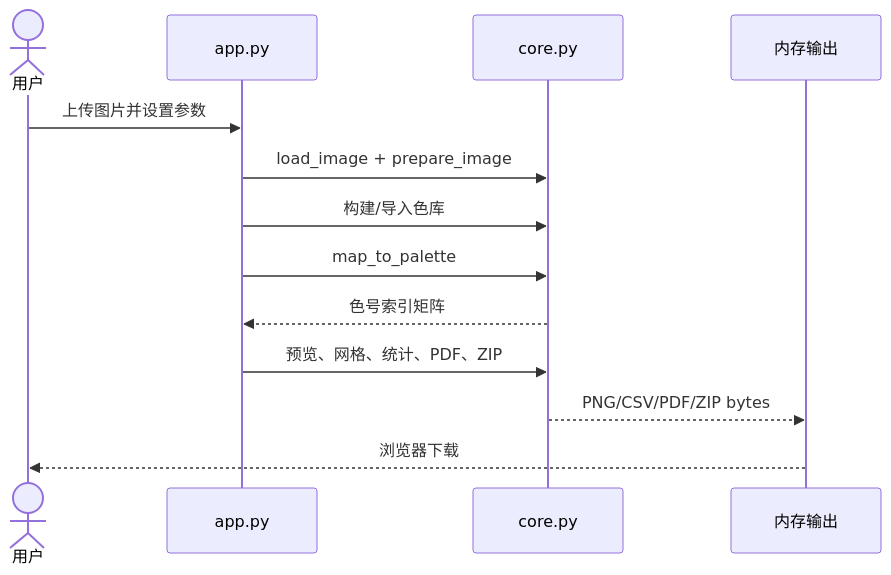
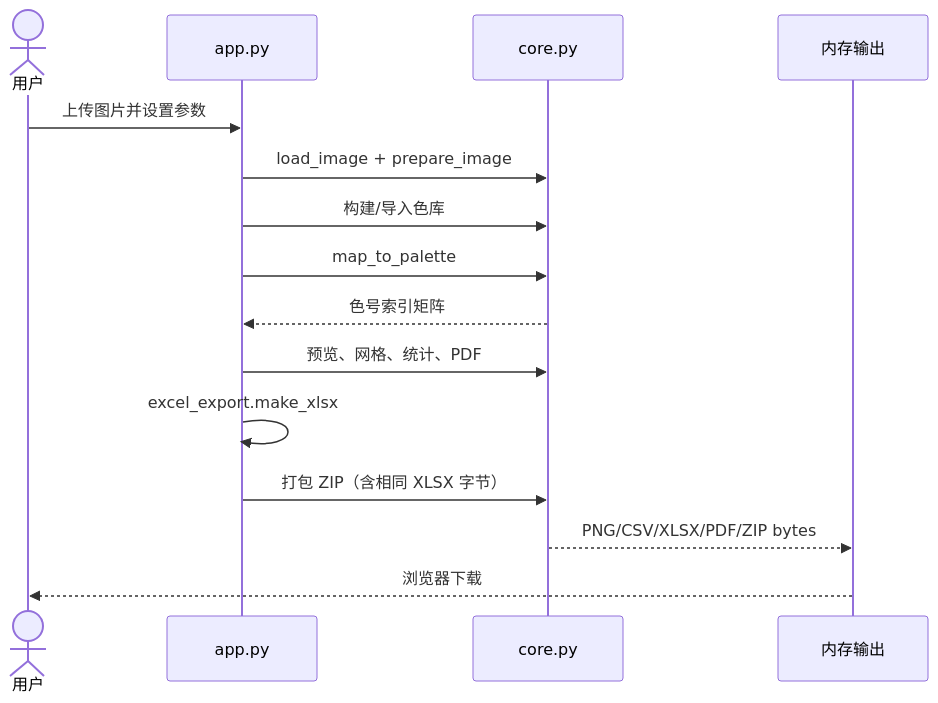
The second of 2 diagrams in docs/DEVELOPMENT.md (JackLee889/bead-maker), drawn with Mermaid before and after one commit. The commit also changed other lines of this file and 36 other files, not shown here.

````diff
--- a/docs/DEVELOPMENT.md
+++ b/docs/DEVELOPMENT.md
@@ -114,15 +171,17 @@
 ```mermaid
 sequenceDiagram
     actor U as 用户
     participant UI as app.py
     participant Core as core.py
     participant Out as 内存输出
     U->>UI: 上传图片并设置参数
     UI->>Core: load_image + prepare_image
     UI->>Core: 构建/导入色库
     UI->>Core: map_to_palette
     Core-->>UI: 色号索引矩阵
-    UI->>Core: 预览、网格、统计、PDF、ZIP
-    Core-->>Out: PNG/CSV/PDF/ZIP bytes
+    UI->>Core: 预览、网格、统计、PDF
+    UI->>UI: excel_export.make_xlsx
+    UI->>Core: 打包 ZIP（含相同 XLSX 字节）
+    Core-->>Out: PNG/CSV/XLSX/PDF/ZIP bytes
     Out-->>U: 浏览器下载
 ```
````
